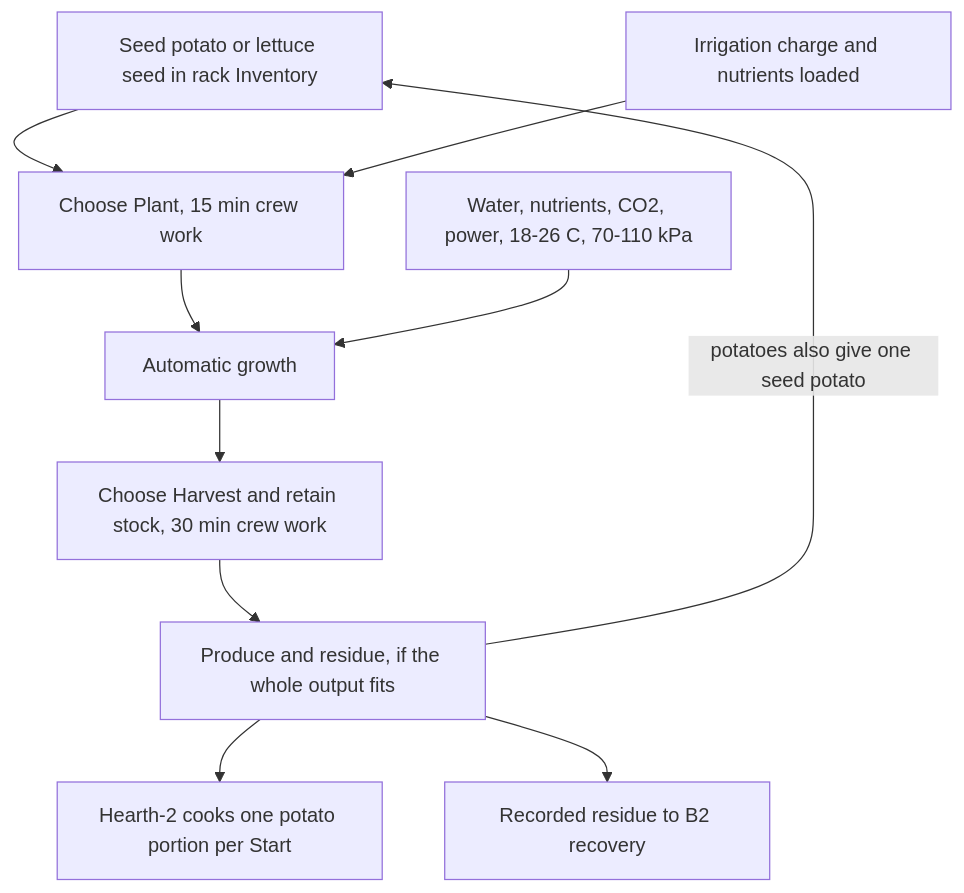
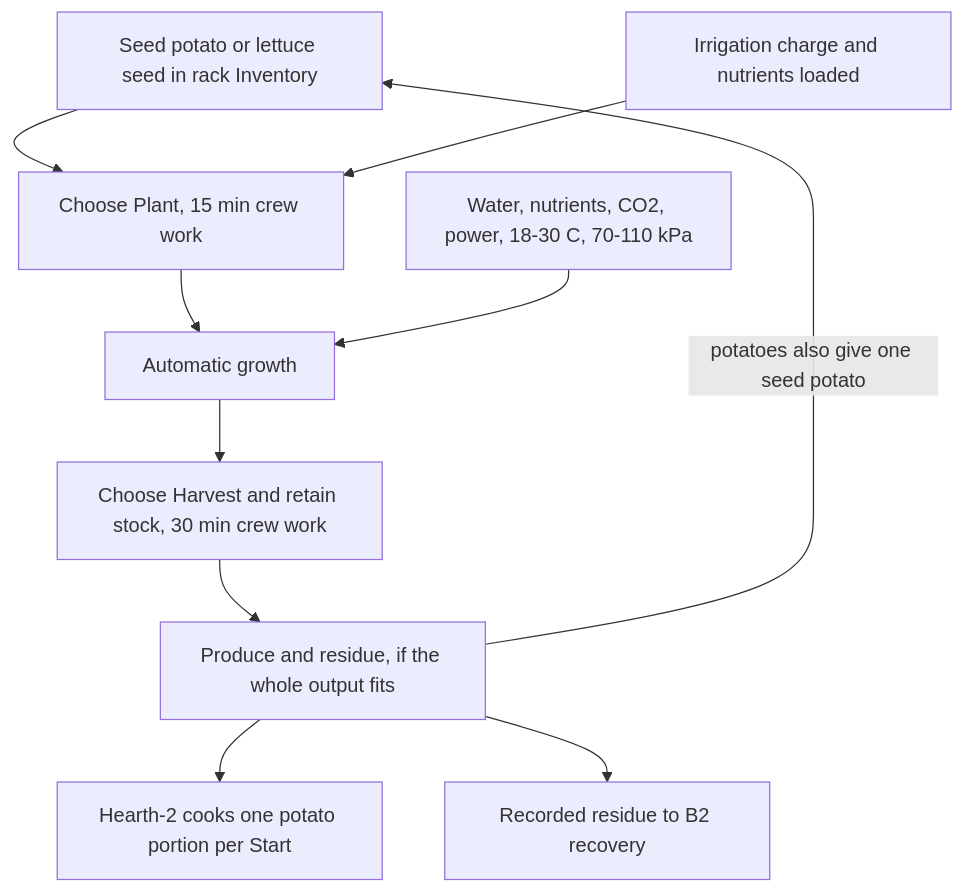
The diagram in docs/agriculture-player-guide.md (phobos-dthorga/phobos-ostranauts), drawn with Mermaid before and after one commit. The commit also changed other lines of this file and 24 other files, not shown here.

````diff
--- a/docs/agriculture-player-guide.md
+++ b/docs/agriculture-player-guide.md
@@ -109,12 +118,12 @@
 ```mermaid
 flowchart TD
     Stock["Seed potato or lettuce seed in rack Inventory"] --> Plant["Choose Plant, 15 min crew work"]
     Supplies["Irrigation charge and nutrients loaded"] --> Plant
     Plant --> Grow["Automatic growth"]
-    Needs["Water, nutrients, CO2, power, 18-26 C, 70-110 kPa"] --> Grow
+    Needs["Water, nutrients, CO2, power, 18-30 C, 70-110 kPa"] --> Grow
     Grow --> Harvest["Choose Harvest and retain stock, 30 min crew work"]
     Harvest --> Produce["Produce and residue, if the whole output fits"]
     Produce --> Cook["Hearth-2 cooks one potato portion per Start"]
     Produce --> B2["Recorded residue to B2 recovery"]
     Produce -->|potatoes also give one seed potato| Stock
 ```
````
